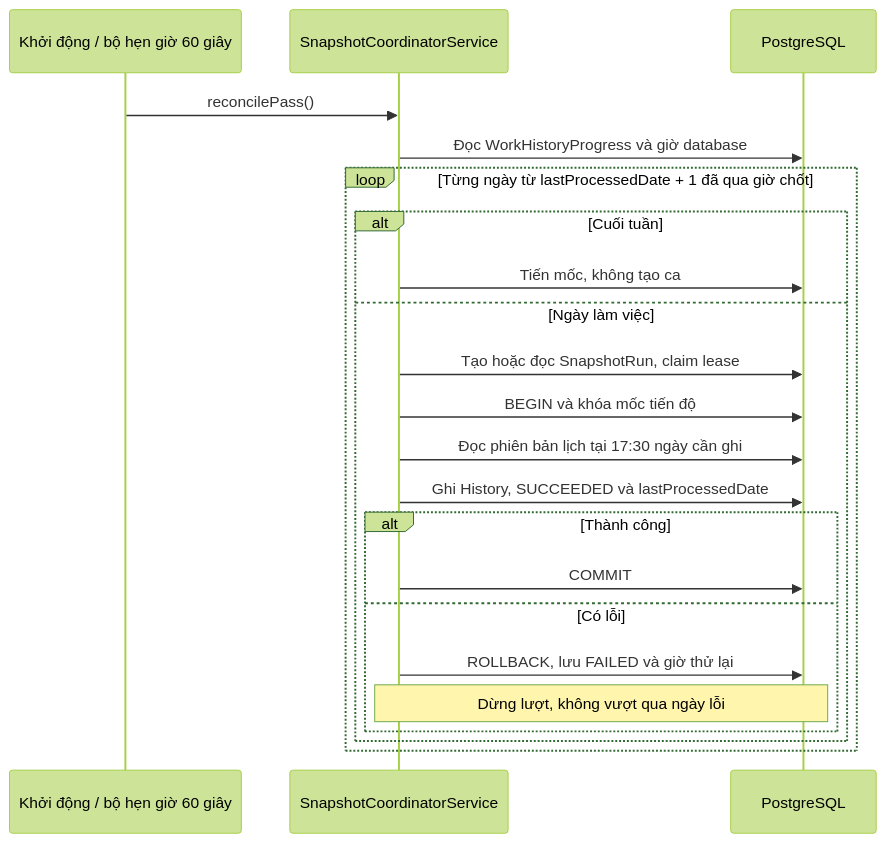
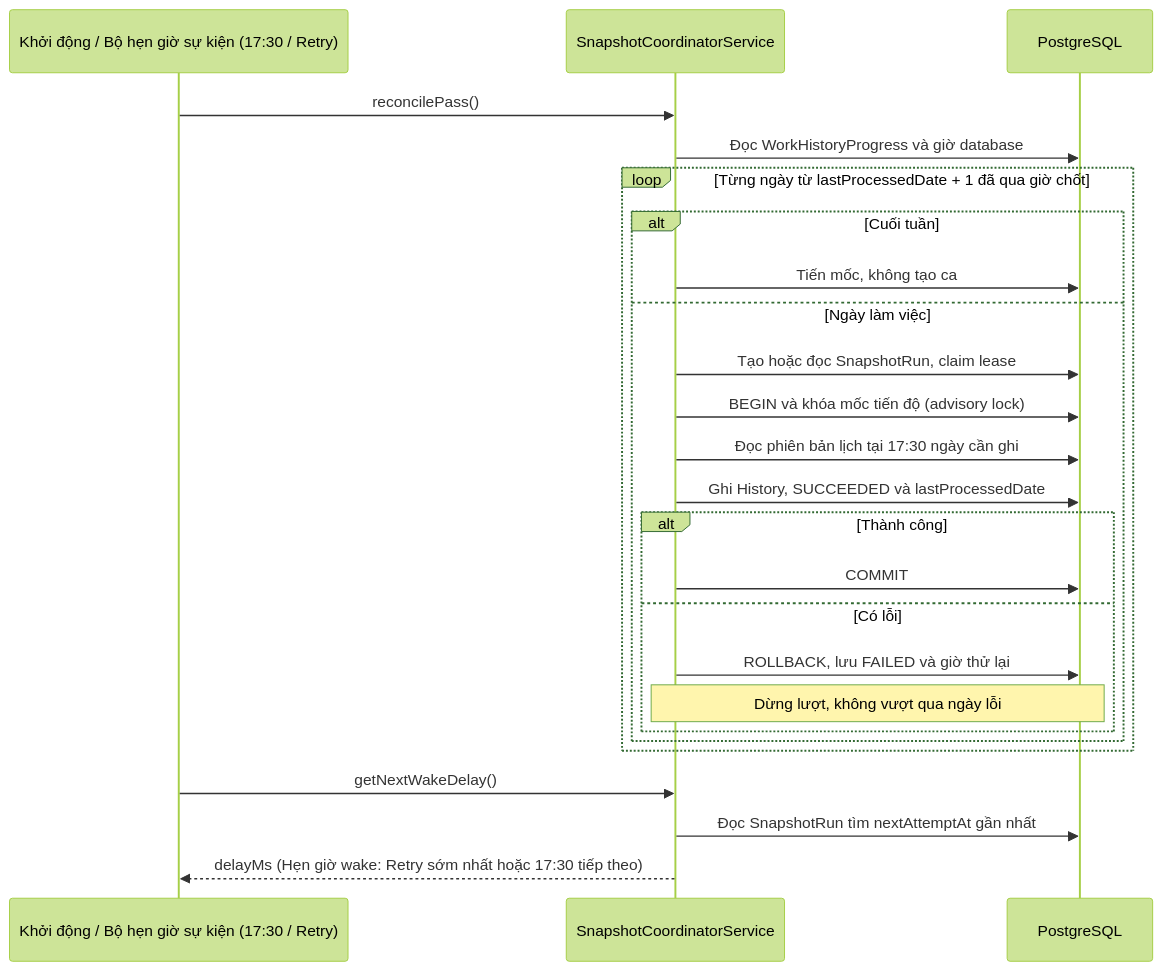
Before and after one commit to MINHDZVODICH/ctv-manage: the diagram in docs/sequence-diagrams/06-chot-lich-su-lam-viec-tu-dong.md, drawn with Mermaid (forest theme). The commit also changed 5 other files, not shown here.

Commit message:
docs: synchronize architecture, database, recovery, api, and traceability (Phase 6)

````diff
--- a/docs/sequence-diagrams/06-chot-lich-su-lam-viec-tu-dong.md
+++ b/docs/sequence-diagrams/06-chot-lich-su-lam-viec-tu-dong.md
@@ -5,24 +5,27 @@
 ```mermaid
 sequenceDiagram
-    participant Job as Khởi động / bộ hẹn giờ 60 giây
+    participant Job as Khởi động / Bộ hẹn giờ sự kiện (17:30 / Retry)
     participant S as SnapshotCoordinatorService
     participant DB as PostgreSQL
     Job->>S: reconcilePass()
     S->>DB: Đọc WorkHistoryProgress và giờ database
     loop Từng ngày từ lastProcessedDate + 1 đã qua giờ chốt
         alt Cuối tuần
             S->>DB: Tiến mốc, không tạo ca
         else Ngày làm việc
             S->>DB: Tạo hoặc đọc SnapshotRun, claim lease
-            S->>DB: BEGIN và khóa mốc tiến độ
+            S->>DB: BEGIN và khóa mốc tiến độ (advisory lock)
             S->>DB: Đọc phiên bản lịch tại 17:30 ngày cần ghi
             S->>DB: Ghi History, SUCCEEDED và lastProcessedDate
             alt Thành công
                 S->>DB: COMMIT
             else Có lỗi
                 S->>DB: ROLLBACK, lưu FAILED và giờ thử lại
                 Note over S,DB: Dừng lượt, không vượt qua ngày lỗi
             end
         end
     end
+    Job->>S: getNextWakeDelay()
+    S->>DB: Đọc SnapshotRun tìm nextAttemptAt gần nhất
+    S-->>Job: delayMs (Hẹn giờ wake: Retry sớm nhất hoặc 17:30 tiếp theo)
 ```
````
